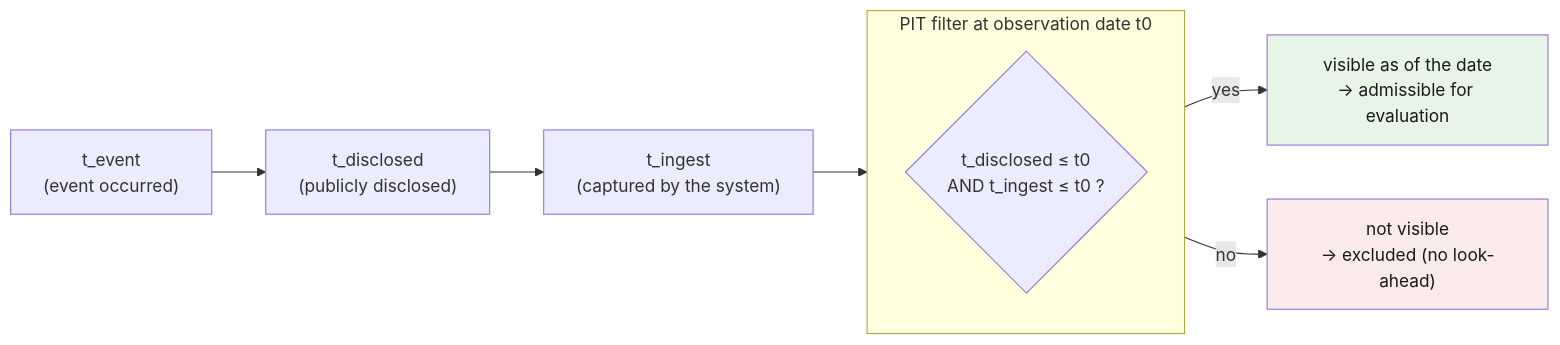
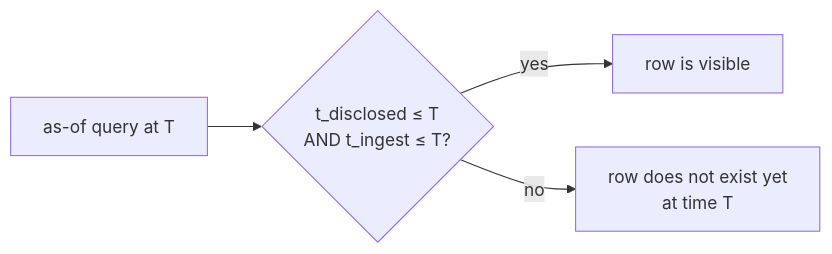
The third of 6 diagrams in docs/ARCHITECTURE.md (jens-alker/Chronos-Stream), drawn with Mermaid before and after one commit. The commit also changed other lines of this file and 64 other files, not shown here.

````diff
--- a/docs/ARCHITECTURE.md
+++ b/docs/ARCHITECTURE.md
@@ -82,17 +74,6 @@
 ```mermaid
 flowchart LR
-  ev["t_event<br/>(event occurred)"] --> di["t_disclosed<br/>(publicly disclosed)"]
-  di --> in["t_ingest<br/>(captured by the system)"]
-
-  subgraph Filter["PIT filter at observation date t0"]
-    direction TB
-    q{"t_disclosed ≤ t0<br/>AND t_ingest ≤ t0 ?"}
-  end
-
-  in --> q
-  q -->|yes| ok["visible as of the date<br/>→ admissible for evaluation"]
-  q -->|no| no["not visible<br/>→ excluded (no look-ahead)"]
-
-  style ok fill:#e7f5e7,color:#1a1a1a
-  style no fill:#fbeaea,color:#1a1a1a
+  q["as-of query at T"] --> f{"t_disclosed ≤ T<br/>AND t_ingest ≤ T?"}
+  f -->|yes| ok["row is visible"]
+  f -->|no| skip["row does not exist yet<br/>at time T"]
 ```
````
